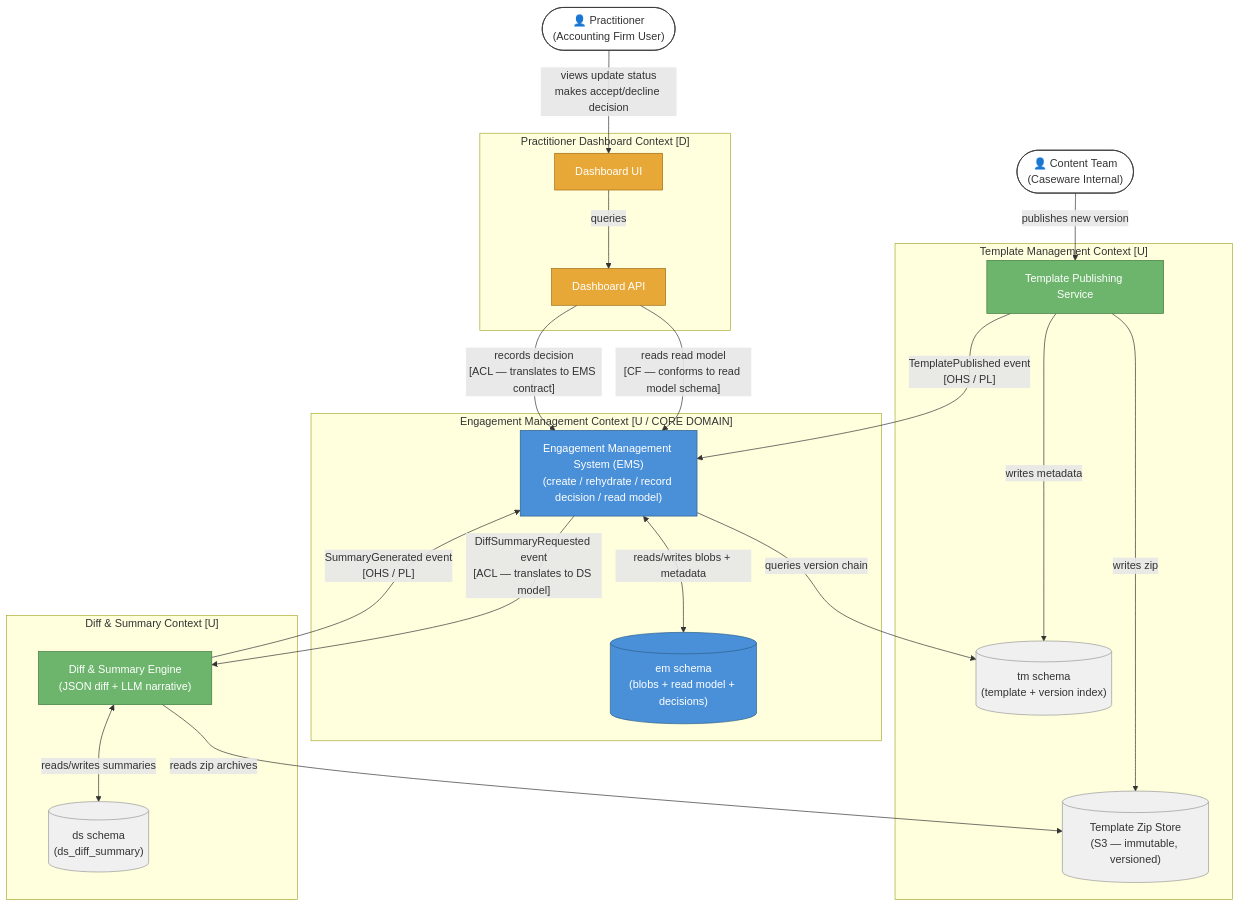
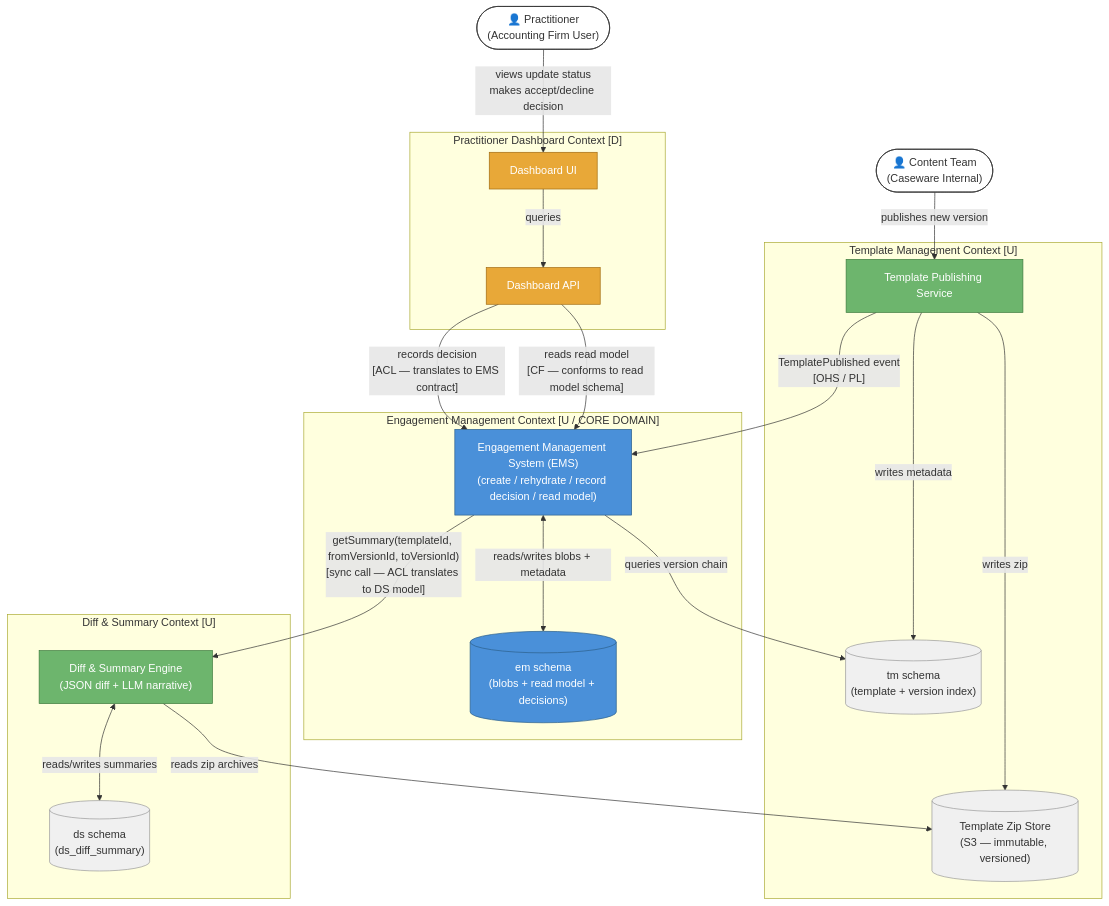
Before and after one commit to jose-foronda/caseware_test_2026_09: the diagram in architecture/context-map.md, drawn with Mermaid. The commit also changed other lines of this file, not shown here.

Commit message:
refining domain model: refine use cases

````diff
--- a/architecture/context-map.md
+++ b/architecture/context-map.md
@@ -26,69 +26,68 @@
 ```mermaid
 graph TD
 
     %% ─── External Actors ────────────────────────────────────────────────
     ContentTeam(["👤 Content Team\n(Caseware Internal)"])
     Practitioner(["👤 Practitioner\n(Accounting Firm User)"])
 
     %% ─── Bounded Contexts ───────────────────────────────────────────────
 
     subgraph TM["Template Management Context [U]"]
         TPS["Template Publishing Service"]
         TemplateDB[("tm schema\n(template + version index)")]
         TemplateS3[("Template Zip Store\n(S3 — immutable, versioned)")]
     end
 
     subgraph EM["Engagement Management Context [U / CORE DOMAIN]"]
         EMS["Engagement Management System (EMS)\n(create / rehydrate / record decision / read model)"]
         EngagementDB[("em schema\n(blobs + read model + decisions)")]
     end
 
     subgraph DS["Diff & Summary Context [U]"]
         DiffEngine["Diff & Summary Engine\n(JSON diff + LLM narrative)"]
         SummaryStore[("ds schema\n(ds_diff_summary)")]
     end
 
     subgraph Dashboard["Practitioner Dashboard Context [D]"]
         DashboardAPI["Dashboard API"]
         DashboardUI["Dashboard UI"]
     end
 
     %% ─── Relationships ───────────────────────────────────────────────────
 
     %% Content team publishes templates
     ContentTeam -->|"publishes new version"| TPS
     TPS -->|"writes zip"| TemplateS3
     TPS -->|"writes metadata"| TemplateDB
     TPS -->|"TemplatePublished event\n[OHS / PL]"| EMS
 
     %% EMS owns engagement lifecycle and read model
     EMS <-->|"reads/writes blobs + metadata"| EngagementDB
     EMS -->|"queries version chain"| TemplateDB
 
     %% EMS requests diff summaries
-    EMS -->|"DiffSummaryRequested event\n[ACL — translates to DS model]"| DiffEngine
+    EMS -->|"getSummary(templateId, fromVersionId, toVersionId)\n[sync call — ACL translates to DS model]"| DiffEngine
 
     %% Diff & Summary is upstream to EMS
     DiffEngine -->|"reads zip archives"| TemplateS3
-    DiffEngine -->|"SummaryGenerated event\n[OHS / PL]"| EMS
     DiffEngine <-->|"reads/writes summaries"| SummaryStore
 
     %% Practitioner interacts with Dashboard
     Practitioner -->|"views update status\nmakes accept/decline decision"| DashboardUI
     DashboardUI -->|"queries"| DashboardAPI
     DashboardAPI -->|"reads read model\n[CF — conforms to read model schema]"| EMS
     DashboardAPI -->|"records decision\n[ACL — translates to EMS contract]"| EMS
 
     %% ─── Styles ──────────────────────────────────────────────────────────
     classDef core        fill:#4a90d9,stroke:#2c5f8a,color:#fff
     classDef upstream    fill:#6db56d,stroke:#3d7a3d,color:#fff
     classDef downstream  fill:#e8a838,stroke:#a06a10,color:#fff
     classDef store       fill:#f0f0f0,stroke:#999,color:#333
     classDef actor       fill:#fff,stroke:#333,color:#333
 
     class EMS,EngagementDB core
     class TPS,DiffEngine upstream
     class DashboardAPI,DashboardUI downstream
     class TemplateDB,TemplateS3,SummaryStore store
     class ContentTeam,Practitioner actor
 ```
````
